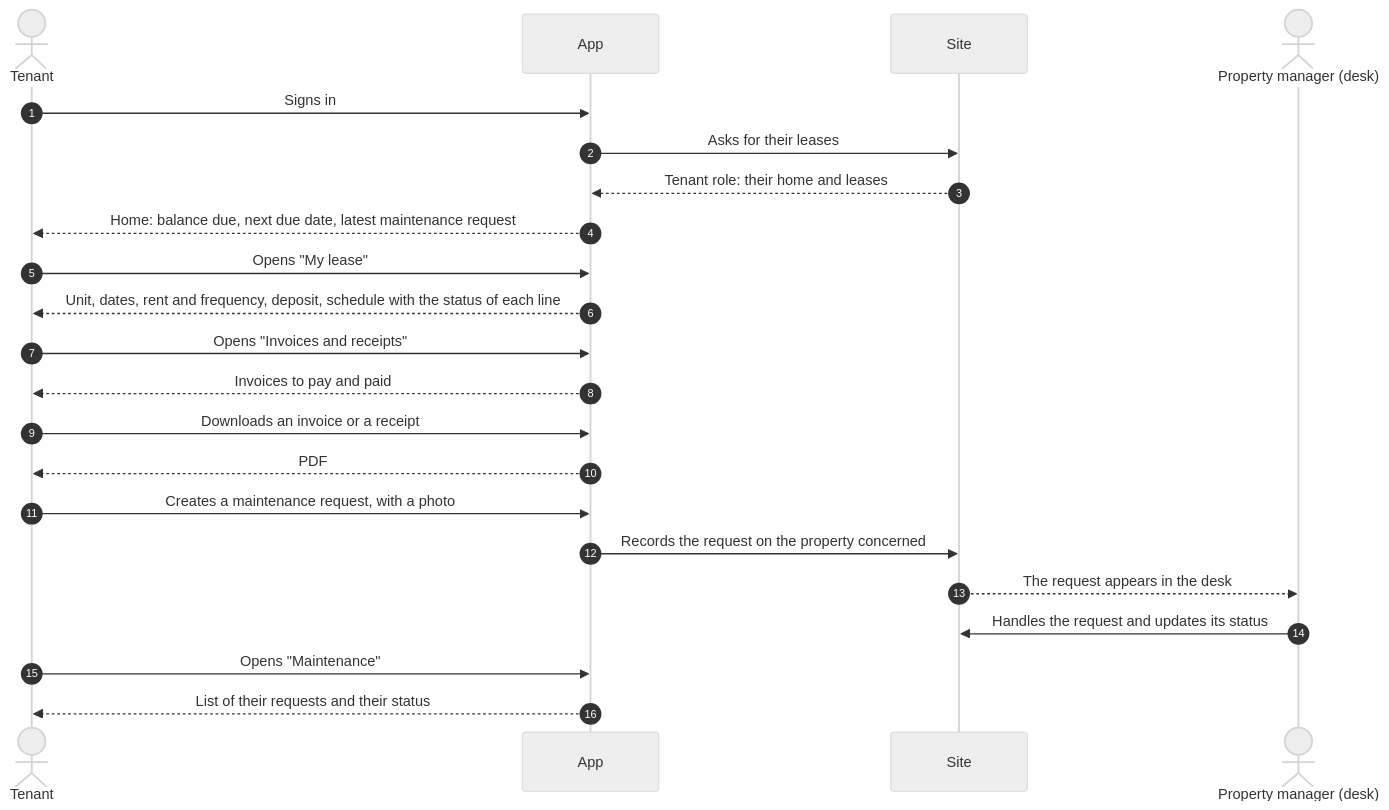
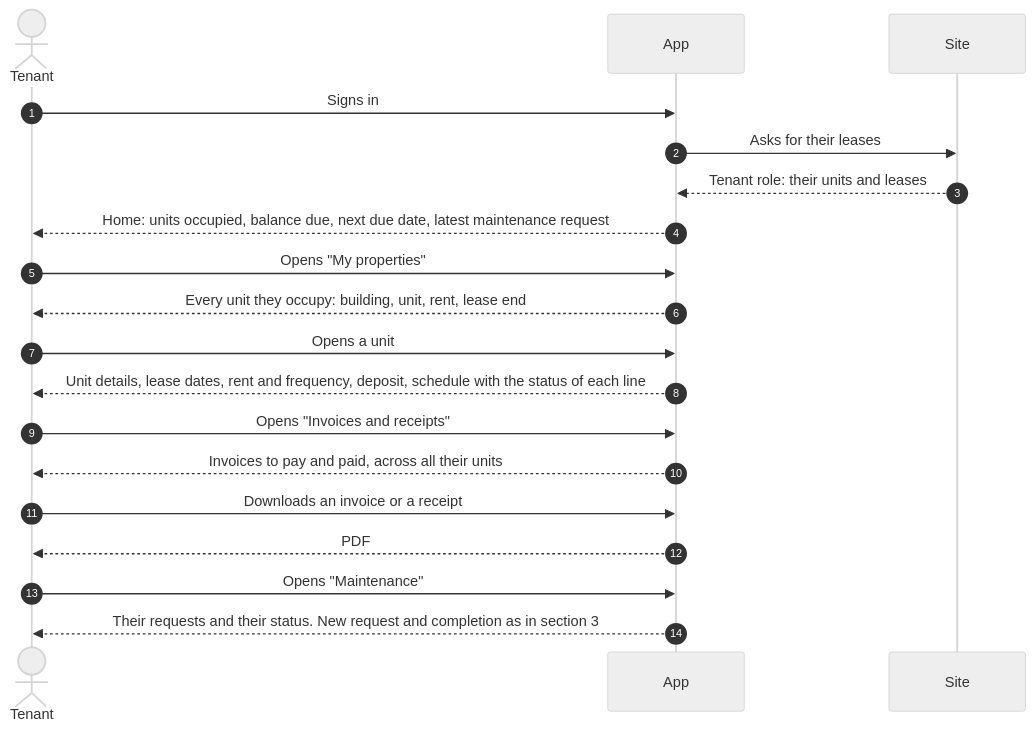
The seventh of 7 diagrams in doc/app-usage-flows-immo.md (skyengpro/skyeng_immo), drawn with Mermaid (neutral theme) before and after one commit. The commit also changed other lines of this file and 4 other files, not shown here.

Commit message:
feat: update app usage flows and screens documentation for property management

````diff
--- a/doc/app-usage-flows-immo.md
+++ b/doc/app-usage-flows-immo.md
@@ -160,25 +206,22 @@
 ```mermaid
 sequenceDiagram
     autonumber
     actor L as Tenant
     participant A as App
     participant D as Site
-    actor G as Property manager (desk)
 
     L->>A: Signs in
     A->>D: Asks for their leases
-    D-->>A: Tenant role: their home and leases
-    A-->>L: Home: balance due, next due date, latest maintenance request
-    L->>A: Opens "My lease"
-    A-->>L: Unit, dates, rent and frequency, deposit, schedule with the status of each line
+    D-->>A: Tenant role: their units and leases
+    A-->>L: Home: units occupied, balance due, next due date, latest maintenance request
+    L->>A: Opens "My properties"
+    A-->>L: Every unit they occupy: building, unit, rent, lease end
+    L->>A: Opens a unit
+    A-->>L: Unit details, lease dates, rent and frequency, deposit, schedule with the status of each line
     L->>A: Opens "Invoices and receipts"
-    A-->>L: Invoices to pay and paid
+    A-->>L: Invoices to pay and paid, across all their units
     L->>A: Downloads an invoice or a receipt
     A-->>L: PDF
-    L->>A: Creates a maintenance request, with a photo
-    A->>D: Records the request on the property concerned
-    D-->>G: The request appears in the desk
-    G->>D: Handles the request and updates its status
     L->>A: Opens "Maintenance"
-    A-->>L: List of their requests and their status
+    A-->>L: Their requests and their status. New request and completion as in section 3
 ```
````
